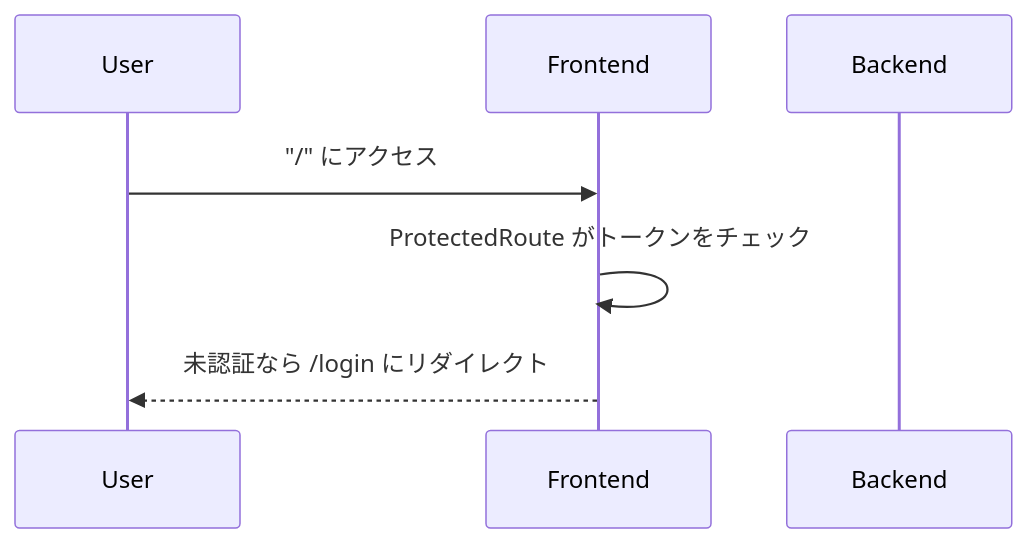
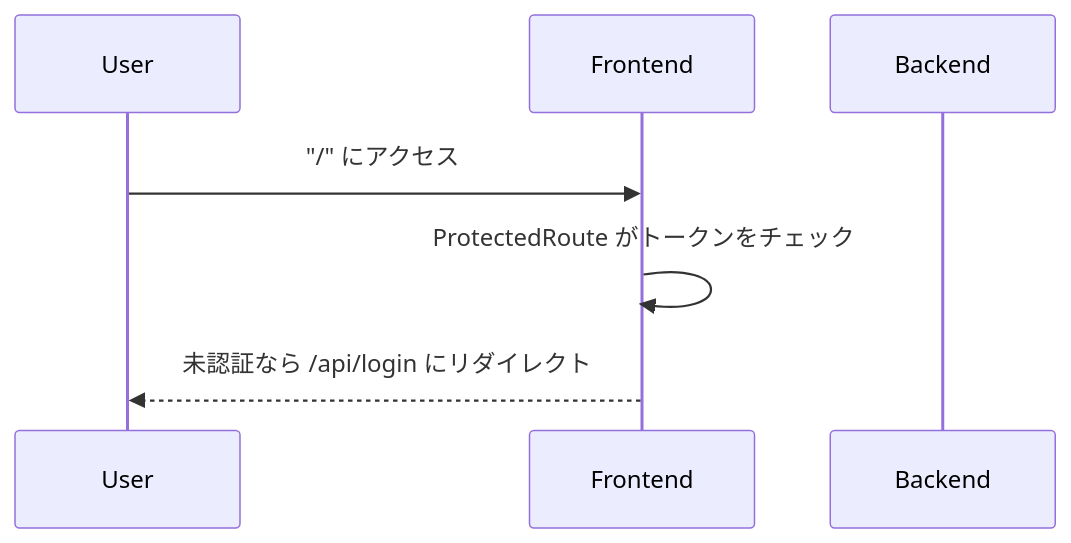
The sixth of 6 diagrams in docs/architecture.md (koki-ymd/stock-viewer), drawn with Mermaid before and after one commit. The commit also changed other lines of this file, not shown here.

Commit message:
docs: add api prefix and minor fixes in architecture.md

````diff
--- a/docs/architecture.md
+++ b/docs/architecture.md
@@ -378,11 +381,11 @@
 ```mermaid
 sequenceDiagram
   participant U as User
   participant FE as Frontend
   participant BE as Backend
 
   U->>FE: "/" にアクセス
   FE->>FE: ProtectedRoute がトークンをチェック
-  FE-->>U: 未認証なら /login にリダイレクト
+  FE-->>U: 未認証なら /api/login にリダイレクト
 
 ```
````
